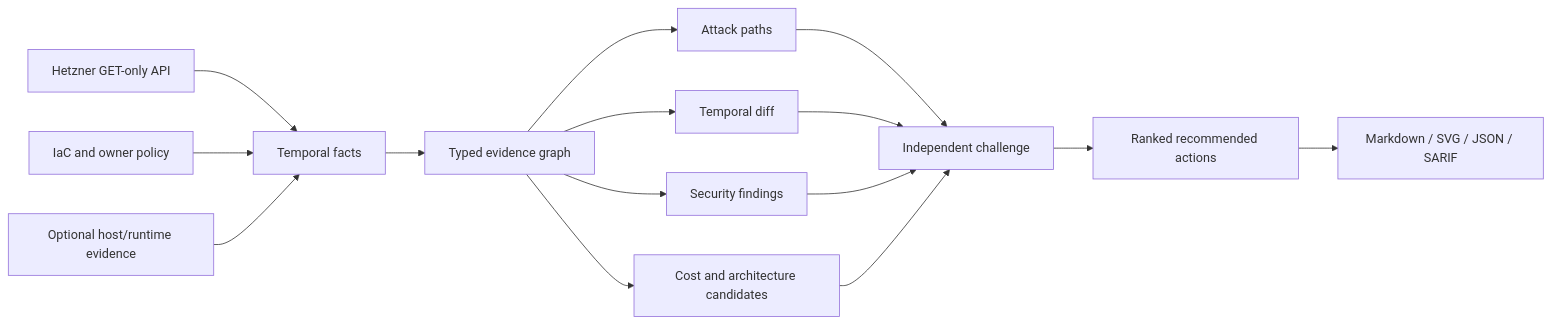
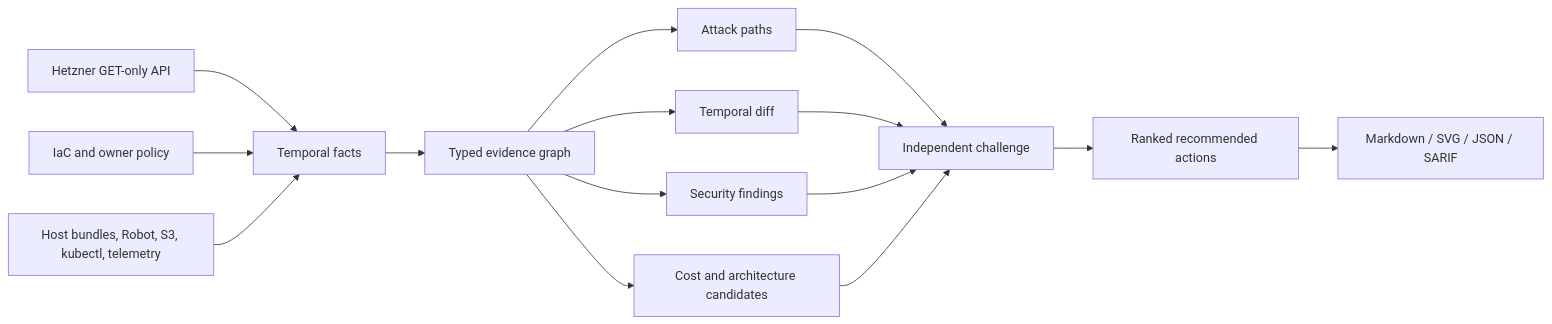
One commit to jpolec/hetzner-cloud-audit-skills changed the diagram in README.md. Above: the diagram before and after it, drawn with Mermaid. The commit also changed other lines of this file and 87 other files, not shown here.

First line of the commit message:
v0.7.0: host evidence, drift, and beyond one Cloud project

````diff
--- a/README.md
+++ b/README.md
@@ -348,17 +407,17 @@
 ```mermaid
 flowchart LR
   H[Hetzner GET-only API] --> F[Temporal facts]
   I[IaC and owner policy] --> F
-  R[Optional host/runtime evidence] --> F
+  R[Host bundles, Robot, S3, kubectl, telemetry] --> F
   F --> G[Typed evidence graph]
   G --> P[Attack paths]
   G --> D[Temporal diff]
   G --> S[Security findings]
   G --> C[Cost and architecture candidates]
   P --> V[Independent challenge]
   D --> V
   S --> V
   C --> V
   V --> A[Ranked recommended actions]
   A --> O[Markdown / SVG / JSON / SARIF]
 ```
````
